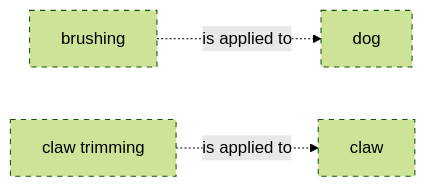
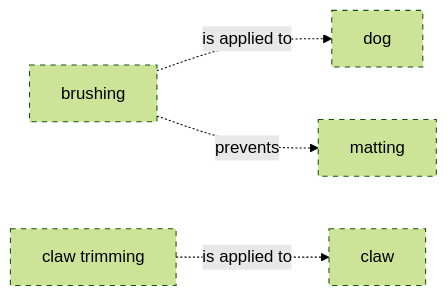
Before and after one commit to belaboros/DomainAiAssistant: diagram 29 of 44 in data/ontology-pets-and-house-rules/03_release/00_raw/level-3.md, drawn with Mermaid (forest theme). The commit also changed other lines of this file and 302 other files, not shown here.

````diff
--- a/data/ontology-pets-and-house-rules/03_release/00_raw/level-3.md
+++ b/data/ontology-pets-and-house-rules/03_release/00_raw/level-3.md
@@ -361,11 +599,13 @@
 ```mermaid
 flowchart LR
     classDef draft stroke-dasharray: 5 5
     cn_01M82GN67QTV2KDH6NRHKR2RZZ["brushing"]
     cn_01M82GN67QTV2KDH6NRHKR2S01["claw"]
     cn_01M82GN67QTV2KDH6NRHKR2S00["claw trimming"]
     cn_01M82GJP3CRKNX3DNJZDNANDWM["dog"]
+    cn_01M82H394WWKSMY0HG5WFCNGAE["matting"]
     cn_01M82GN67QTV2KDH6NRHKR2RZZ -. "is applied to" .-> cn_01M82GJP3CRKNX3DNJZDNANDWM
+    cn_01M82GN67QTV2KDH6NRHKR2RZZ -. "prevents" .-> cn_01M82H394WWKSMY0HG5WFCNGAE
     cn_01M82GN67QTV2KDH6NRHKR2S00 -. "is applied to" .-> cn_01M82GN67QTV2KDH6NRHKR2S01
-    class cn_01M82GN67QTV2KDH6NRHKR2RZZ,cn_01M82GN67QTV2KDH6NRHKR2S01,cn_01M82GN67QTV2KDH6NRHKR2S00,cn_01M82GJP3CRKNX3DNJZDNANDWM draft
+    class cn_01M82GN67QTV2KDH6NRHKR2RZZ,cn_01M82GN67QTV2KDH6NRHKR2S01,cn_01M82GN67QTV2KDH6NRHKR2S00,cn_01M82GJP3CRKNX3DNJZDNANDWM,cn_01M82H394WWKSMY0HG5WFCNGAE draft
 ```
````
